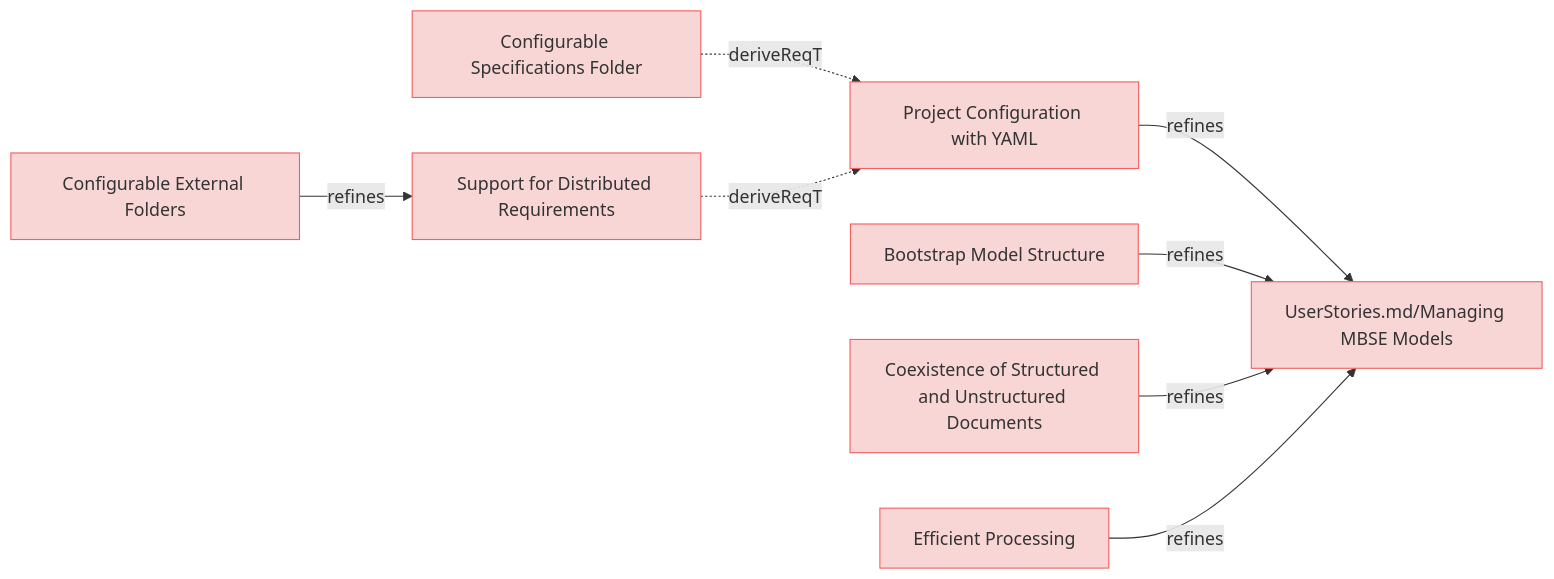
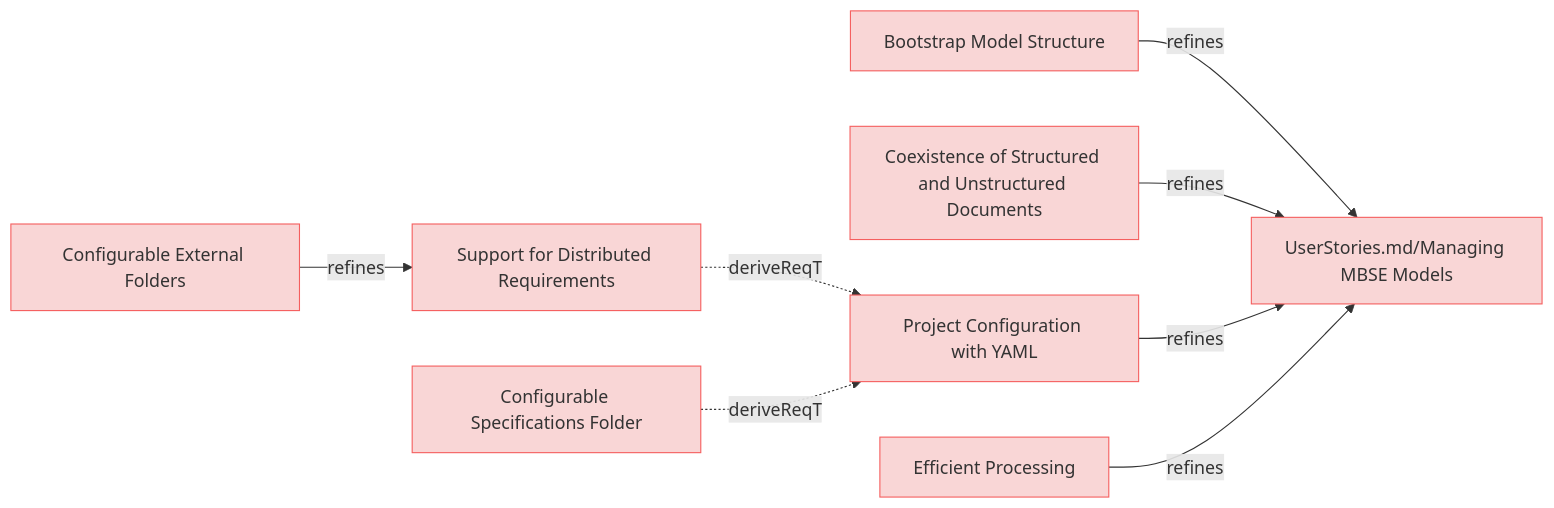
The diagram in specifications/ManagingMbseModelsRequirements.md (reqvire-org/reqvire), drawn with Mermaid before and after one commit. The commit also changed 15 other files, not shown here.

Commit message:
Linted and new diagrams generated.

````diff
--- a/specifications/ManagingMbseModelsRequirements.md
+++ b/specifications/ManagingMbseModelsRequirements.md
@@ -4,40 +4,40 @@
 ```mermaid
 graph LR;
   %% Graph styling
   classDef requirement fill:#f9d6d6,stroke:#f55f5f,stroke-width:1px;
   classDef verification fill:#d6f9d6,stroke:#5fd75f,stroke-width:1px;
   classDef externalLink fill:#d0e0ff,stroke:#3080ff,stroke-width:1px;
   classDef default fill:#f5f5f5,stroke:#333333,stroke-width:1px;
 
-  87e38ccb52188638["Configurable Specifications Folder"];
-  click 87e38ccb52188638 "https://github.com/Reqvire/reqvire/blob/f18e52f9f88c64f67a79abc4e93eb74b3ec22615/specifications/ManagingMbseModelsRequirements.md#configurable-specifications-folder";
-  class 87e38ccb52188638 requirement;
-  b3ef0fb91572bcf0["Project Configuration with YAML"];
-  class b3ef0fb91572bcf0 requirement;
-  click b3ef0fb91572bcf0 "https://github.com/Reqvire/reqvire/blob/f18e52f9f88c64f67a79abc4e93eb74b3ec22615/specifications/ManagingMbseModelsRequirements.md#project-configuration-with-yaml";
-  87e38ccb52188638 -.->|deriveReqT| b3ef0fb91572bcf0;
+  fa4727bd969c48f8["Bootstrap Model Structure"];
+  click fa4727bd969c48f8 "https://github.com/Reqvire/reqvire/blob/b8c43d2689b933838bf1838d8a4cdf3393c9014f/specifications/ManagingMbseModelsRequirements.md#bootstrap-model-structure";
+  class fa4727bd969c48f8 requirement;
   c75ac8fa29479ca5["UserStories.md/Managing MBSE Models"];
   class c75ac8fa29479ca5 requirement;
-  click c75ac8fa29479ca5 "https://github.com/Reqvire/reqvire/blob/f18e52f9f88c64f67a79abc4e93eb74b3ec22615/specifications/UserStories.md#managing-mbse-models";
-  b3ef0fb91572bcf0 -->|refines| c75ac8fa29479ca5;
-  c4d5865187c53ce6["Support for Distributed Requirements"];
-  click c4d5865187c53ce6 "https://github.com/Reqvire/reqvire/blob/f18e52f9f88c64f67a79abc4e93eb74b3ec22615/specifications/ManagingMbseModelsRequirements.md#support-for-distributed-requirements";
-  class c4d5865187c53ce6 requirement;
-  c4d5865187c53ce6 -.->|deriveReqT| b3ef0fb91572bcf0;
-  b9c9d1bf19e76fc["Configurable External Folders"];
-  click b9c9d1bf19e76fc "https://github.com/Reqvire/reqvire/blob/f18e52f9f88c64f67a79abc4e93eb74b3ec22615/specifications/ManagingMbseModelsRequirements.md#configurable-external-folders";
-  class b9c9d1bf19e76fc requirement;
-  b9c9d1bf19e76fc -->|refines| c4d5865187c53ce6;
-  fa4727bd969c48f8["Bootstrap Model Structure"];
-  click fa4727bd969c48f8 "https://github.com/Reqvire/reqvire/blob/f18e52f9f88c64f67a79abc4e93eb74b3ec22615/specifications/ManagingMbseModelsRequirements.md#bootstrap-model-structure";
-  class fa4727bd969c48f8 requirement;
+  click c75ac8fa29479ca5 "https://github.com/Reqvire/reqvire/blob/b8c43d2689b933838bf1838d8a4cdf3393c9014f/specifications/UserStories.md#managing-mbse-models";
   fa4727bd969c48f8 -->|refines| c75ac8fa29479ca5;
   da5831ca85881025["Coexistence of Structured and Unstructured Documents"];
-  click da5831ca85881025 "https://github.com/Reqvire/reqvire/blob/f18e52f9f88c64f67a79abc4e93eb74b3ec22615/specifications/ManagingMbseModelsRequirements.md#coexistence-of-structured-and-unstructured-documents";
+  click da5831ca85881025 "https://github.com/Reqvire/reqvire/blob/b8c43d2689b933838bf1838d8a4cdf3393c9014f/specifications/ManagingMbseModelsRequirements.md#coexistence-of-structured-and-unstructured-documents";
   class da5831ca85881025 requirement;
   da5831ca85881025 -->|refines| c75ac8fa29479ca5;
+  b3ef0fb91572bcf0["Project Configuration with YAML"];
+  click b3ef0fb91572bcf0 "https://github.com/Reqvire/reqvire/blob/b8c43d2689b933838bf1838d8a4cdf3393c9014f/specifications/ManagingMbseModelsRequirements.md#project-configuration-with-yaml";
+  class b3ef0fb91572bcf0 requirement;
+  b3ef0fb91572bcf0 -->|refines| c75ac8fa29479ca5;
+  b9c9d1bf19e76fc["Configurable External Folders"];
+  click b9c9d1bf19e76fc "https://github.com/Reqvire/reqvire/blob/b8c43d2689b933838bf1838d8a4cdf3393c9014f/specifications/ManagingMbseModelsRequirements.md#configurable-external-folders";
+  class b9c9d1bf19e76fc requirement;
+  c4d5865187c53ce6["Support for Distributed Requirements"];
+  class c4d5865187c53ce6 requirement;
+  click c4d5865187c53ce6 "https://github.com/Reqvire/reqvire/blob/b8c43d2689b933838bf1838d8a4cdf3393c9014f/specifications/ManagingMbseModelsRequirements.md#support-for-distributed-requirements";
+  b9c9d1bf19e76fc -->|refines| c4d5865187c53ce6;
   386d7b145d008870["Efficient Processing"];
-  click 386d7b145d008870 "https://github.com/Reqvire/reqvire/blob/f18e52f9f88c64f67a79abc4e93eb74b3ec22615/specifications/ManagingMbseModelsRequirements.md#efficient-processing";
+  click 386d7b145d008870 "https://github.com/Reqvire/reqvire/blob/b8c43d2689b933838bf1838d8a4cdf3393c9014f/specifications/ManagingMbseModelsRequirements.md#efficient-processing";
   class 386d7b145d008870 requirement;
   386d7b145d008870 -->|refines| c75ac8fa29479ca5;
+  c4d5865187c53ce6 -.->|deriveReqT| b3ef0fb91572bcf0;
+  87e38ccb52188638["Configurable Specifications Folder"];
+  click 87e38ccb52188638 "https://github.com/Reqvire/reqvire/blob/b8c43d2689b933838bf1838d8a4cdf3393c9014f/specifications/ManagingMbseModelsRequirements.md#configurable-specifications-folder";
+  class 87e38ccb52188638 requirement;
+  87e38ccb52188638 -.->|deriveReqT| b3ef0fb91572bcf0;
 ```
````
